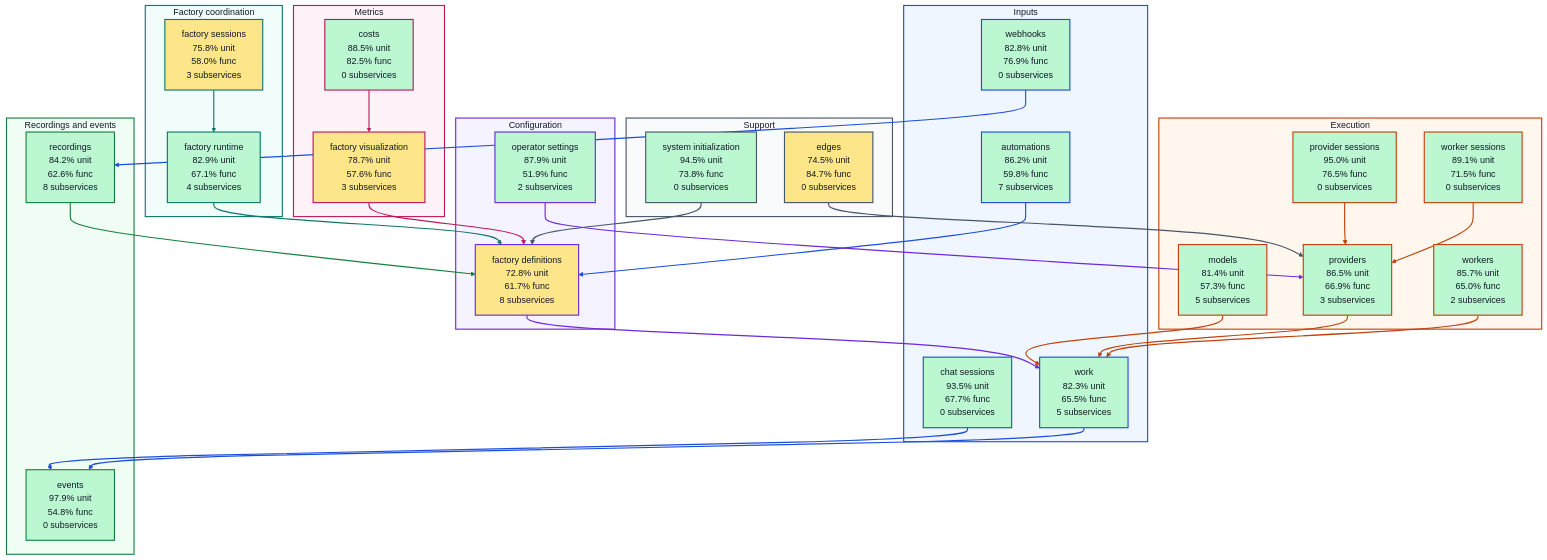
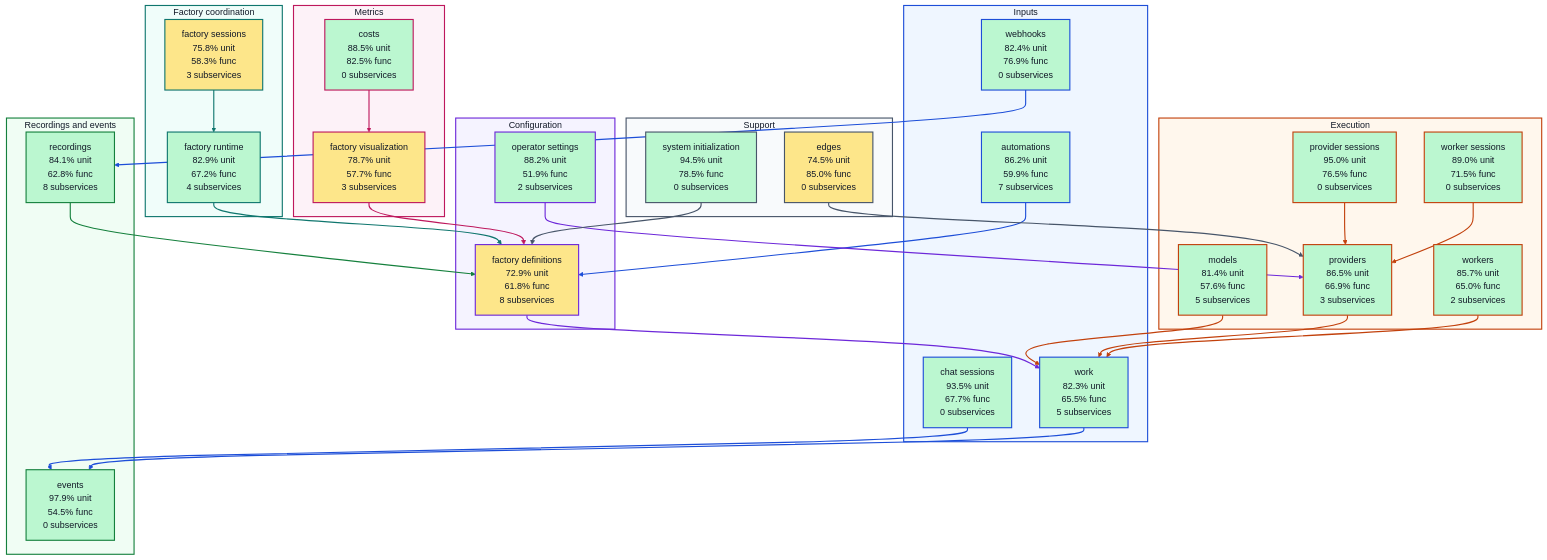
One commit to portpowered/you-agent-factory changed the diagram in docs/architecture/visualizations/high-level-test-coverage.md. Above: the diagram before and after it, drawn with Mermaid (base theme). The commit also changed other lines of this file and 20 other files, not shown here.

Commit message:
docs: refresh backend architecture visualizations

````diff
--- a/docs/architecture/visualizations/high-level-test-coverage.md
+++ b/docs/architecture/visualizations/high-level-test-coverage.md
@@ -11,37 +11,37 @@
 ```mermaid
 flowchart TB
   subgraph input["Inputs"]
-    s_services_automations["automations<br/>86.2% unit<br/>59.8% func<br/>7 subservices"]
+    s_services_automations["automations<br/>86.2% unit<br/>59.9% func<br/>7 subservices"]
     s_services_chat_sessions["chat sessions<br/>93.5% unit<br/>67.7% func<br/>0 subservices"]
-    s_services_webhooks["webhooks<br/>82.8% unit<br/>76.9% func<br/>0 subservices"]
+    s_services_webhooks["webhooks<br/>82.4% unit<br/>76.9% func<br/>0 subservices"]
     s_services_work["work<br/>82.3% unit<br/>65.5% func<br/>5 subservices"]
   end
   subgraph configuration["Configuration"]
-    s_services_factory_definitions["factory definitions<br/>72.8% unit<br/>61.7% func<br/>8 subservices"]
-    s_services_operator_settings["operator settings<br/>87.9% unit<br/>51.9% func<br/>2 subservices"]
+    s_services_factory_definitions["factory definitions<br/>72.9% unit<br/>61.8% func<br/>8 subservices"]
+    s_services_operator_settings["operator settings<br/>88.2% unit<br/>51.9% func<br/>2 subservices"]
   end
   subgraph coordination["Factory coordination"]
-    s_services_factory_runtime["factory runtime<br/>82.9% unit<br/>67.1% func<br/>4 subservices"]
-    s_services_factory_sessions["factory sessions<br/>75.8% unit<br/>58.0% func<br/>3 subservices"]
+    s_services_factory_runtime["factory runtime<br/>82.9% unit<br/>67.2% func<br/>4 subservices"]
+    s_services_factory_sessions["factory sessions<br/>75.8% unit<br/>58.3% func<br/>3 subservices"]
   end
   subgraph execution["Execution"]
-    s_services_models["models<br/>81.4% unit<br/>57.3% func<br/>5 subservices"]
+    s_services_models["models<br/>81.4% unit<br/>57.6% func<br/>5 subservices"]
     s_services_provider_sessions["provider sessions<br/>95.0% unit<br/>76.5% func<br/>0 subservices"]
     s_services_providers["providers<br/>86.5% unit<br/>66.9% func<br/>3 subservices"]
-    s_services_worker_sessions["worker sessions<br/>89.1% unit<br/>71.5% func<br/>0 subservices"]
+    s_services_worker_sessions["worker sessions<br/>89.0% unit<br/>71.5% func<br/>0 subservices"]
     s_services_workers["workers<br/>85.7% unit<br/>65.0% func<br/>2 subservices"]
   end
   subgraph recordings["Recordings and events"]
-    s_services_events["events<br/>97.9% unit<br/>54.8% func<br/>0 subservices"]
-    s_services_recordings["recordings<br/>84.2% unit<br/>62.6% func<br/>8 subservices"]
+    s_services_events["events<br/>97.9% unit<br/>54.5% func<br/>0 subservices"]
+    s_services_recordings["recordings<br/>84.1% unit<br/>62.8% func<br/>8 subservices"]
   end
   subgraph metrics["Metrics"]
     s_services_costs["costs<br/>88.5% unit<br/>82.5% func<br/>0 subservices"]
-    s_services_factory_visualization["factory visualization<br/>78.7% unit<br/>57.6% func<br/>3 subservices"]
+    s_services_factory_visualization["factory visualization<br/>78.7% unit<br/>57.7% func<br/>3 subservices"]
   end
   subgraph support["Support"]
-    s_services_edges["edges<br/>74.5% unit<br/>84.7% func<br/>0 subservices"]
-    s_services_system_initialization["system initialization<br/>94.5% unit<br/>73.8% func<br/>0 subservices"]
+    s_services_edges["edges<br/>74.5% unit<br/>85.0% func<br/>0 subservices"]
+    s_services_system_initialization["system initialization<br/>94.5% unit<br/>78.5% func<br/>0 subservices"]
   end
   s_services_automations --> s_services_factory_definitions
   s_services_chat_sessions --> s_services_events
````
